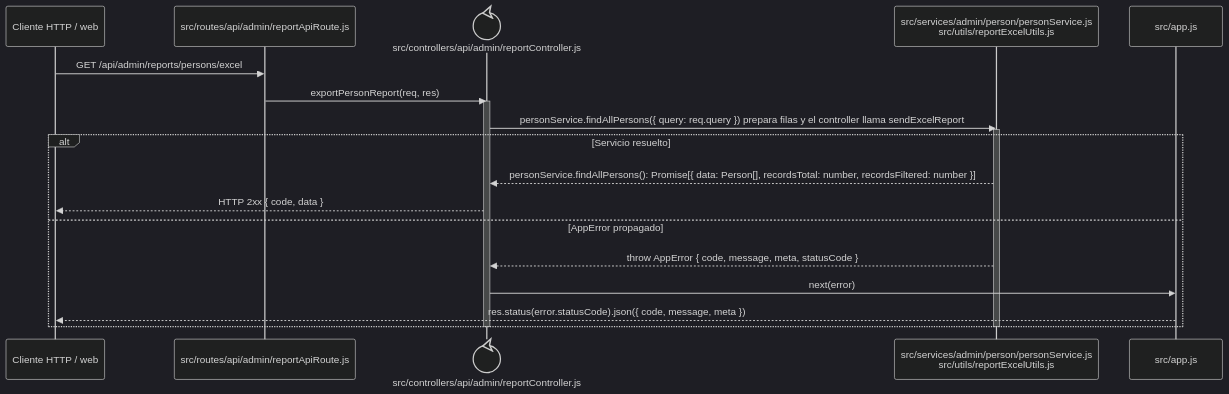
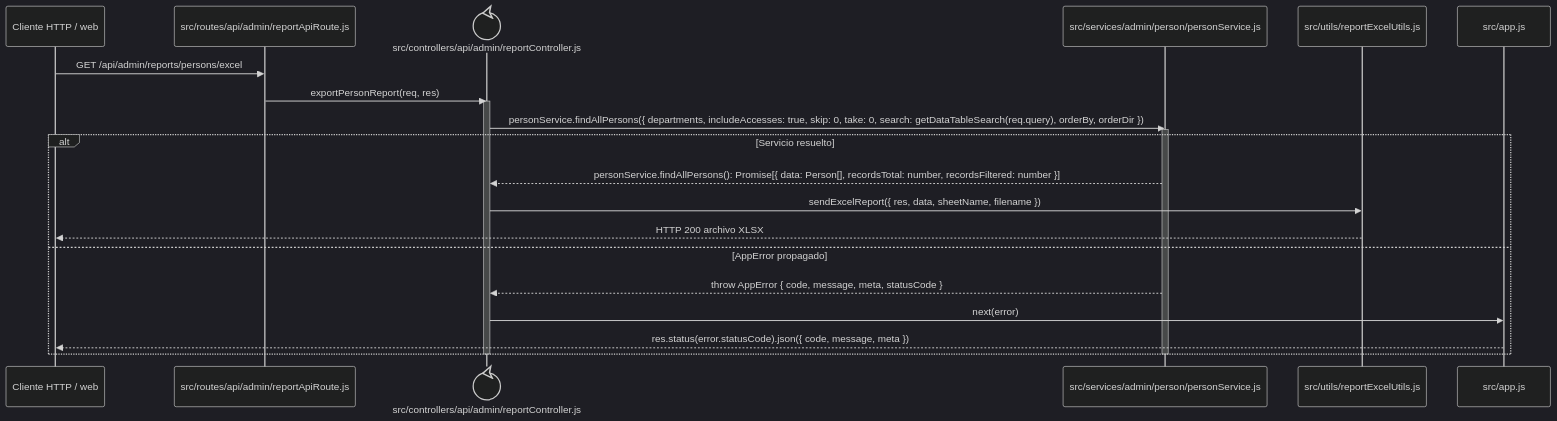
The diagram in docs/architecture/backend-code-sequences/identity-access/cu-ida-04.md (gpgsistemas01/nexus), drawn with Mermaid (dark theme) before and after one commit. The commit also changed 22 other files, not shown here.

````diff
--- a/docs/architecture/backend-code-sequences/identity-access/cu-ida-04.md
+++ b/docs/architecture/backend-code-sequences/identity-access/cu-ida-04.md
@@ -6,24 +6,26 @@
 ```mermaid
 sequenceDiagram
     participant Client as Cliente HTTP / web
     participant Route as src/routes/api/admin/reportApiRoute.js
     participant Controller@{ "type": "control" } as src/controllers/api/admin/reportController.js
-    participant Domain as src/services/admin/person/personService.js<br/>src/utils/reportExcelUtils.js
+    participant Query as src/services/admin/person/personService.js
+    participant Excel as src/utils/reportExcelUtils.js
     participant ErrorHandler as src/app.js
 
     Client->>Route: GET /api/admin/reports/persons/excel
     Route->>Controller: exportPersonReport(req, res)
     activate Controller
-    Controller->>Domain: personService.findAllPersons({ query: req.query }) prepara filas y el controller llama sendExcelReport
-    activate Domain
+    Controller->>Query: personService.findAllPersons({ departments, includeAccesses: true, skip: 0, take: 0, search: getDataTableSearch(req.query), orderBy, orderDir })
+    activate Query
     alt Servicio resuelto
-        Domain-->>Controller: personService.findAllPersons(): Promise[{ data: Person[], recordsTotal: number, recordsFiltered: number }]
-        Controller-->>Client: HTTP 2xx { code, data }
+        Query-->>Controller: personService.findAllPersons(): Promise[{ data: Person[], recordsTotal: number, recordsFiltered: number }]
+        Controller->>Excel: sendExcelReport({ res, data, sheetName, filename })
+        Excel-->>Client: HTTP 200 archivo XLSX
     else AppError propagado
-        Domain-->>Controller: throw AppError { code, message, meta, statusCode }
+        Query-->>Controller: throw AppError { code, message, meta, statusCode }
         Controller->>ErrorHandler: next(error)
         ErrorHandler-->>Client: res.status(error.statusCode).json({ code, message, meta })
     end
-    deactivate Domain
+    deactivate Query
     deactivate Controller
 ```
````
